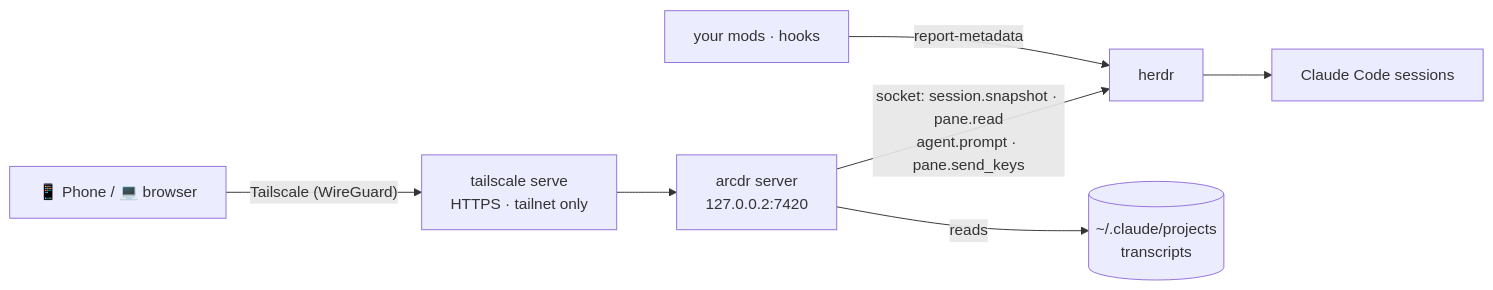
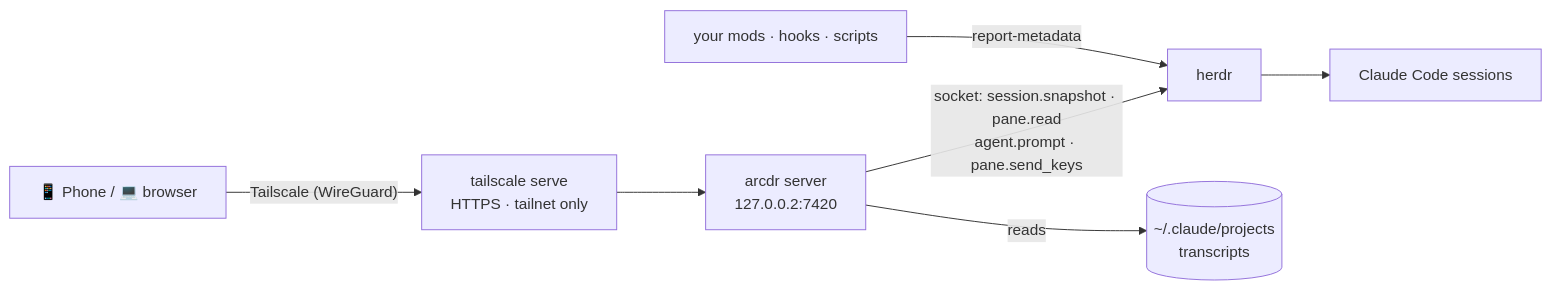
Before and after one commit to arcnessai/arcdr: the diagram in README.md, drawn with Mermaid. The commit also changed other lines of this file and 6 other files, not shown here.

First line of the commit message:
Lead with herdr and mods; add the arcdr-mod skill

````diff
--- a/README.md
+++ b/README.md
@@ -112,9 +161,9 @@
 ```mermaid
 flowchart LR
   phone["📱 Phone / 💻 browser"] -- "Tailscale (WireGuard)" --> serve["tailscale serve<br/>HTTPS · tailnet only"]
   serve --> server["arcdr server<br/>127.0.0.2:7420"]
   server -- "socket: session.snapshot · pane.read<br/>agent.prompt · pane.send_keys" --> herdr["herdr"]
   herdr --> panes["Claude Code sessions"]
   server -- "reads" --> logs[("~/.claude/projects<br/>transcripts")]
-  mods["your mods · hooks"] -- "report-metadata" --> herdr
+  mods["your mods · hooks · scripts"] -- "report-metadata" --> herdr
 ```
````
